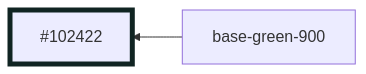
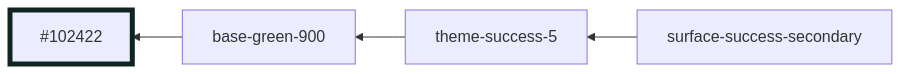
Before and after one commit to oxidecomputer/console: the fifth of 29 diagrams in libs/ui/styles/themes/operator-mode.md, drawn with Mermaid. The commit also changed other lines of this file and 4 other files, not shown here.

````diff
--- a/libs/ui/styles/themes/operator-mode.md
+++ b/libs/ui/styles/themes/operator-mode.md
@@ -44,6 +54,8 @@
 ```mermaid
 graph RL
   base-green-900 --> #102422:::base-green-900
+  theme-success-5 --> base-green-900
+  surface-success-secondary --> theme-success-5
 
   classDef base-green-900 stroke-width:5,stroke:#102422
 ```
````
